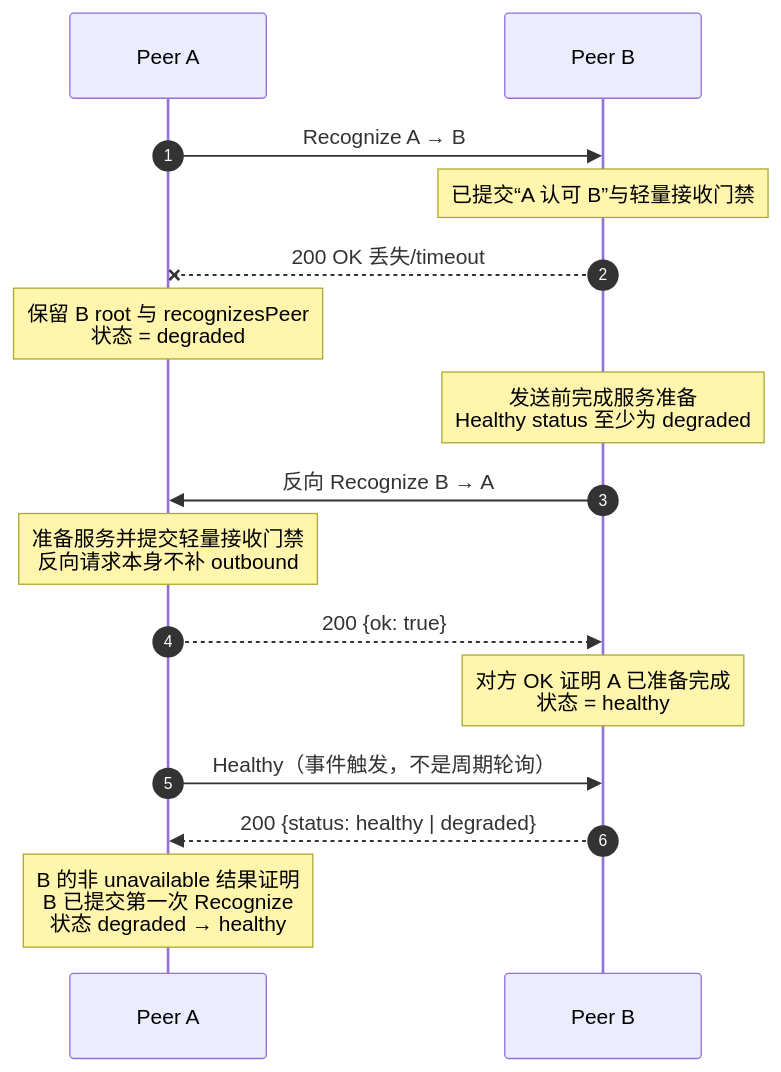
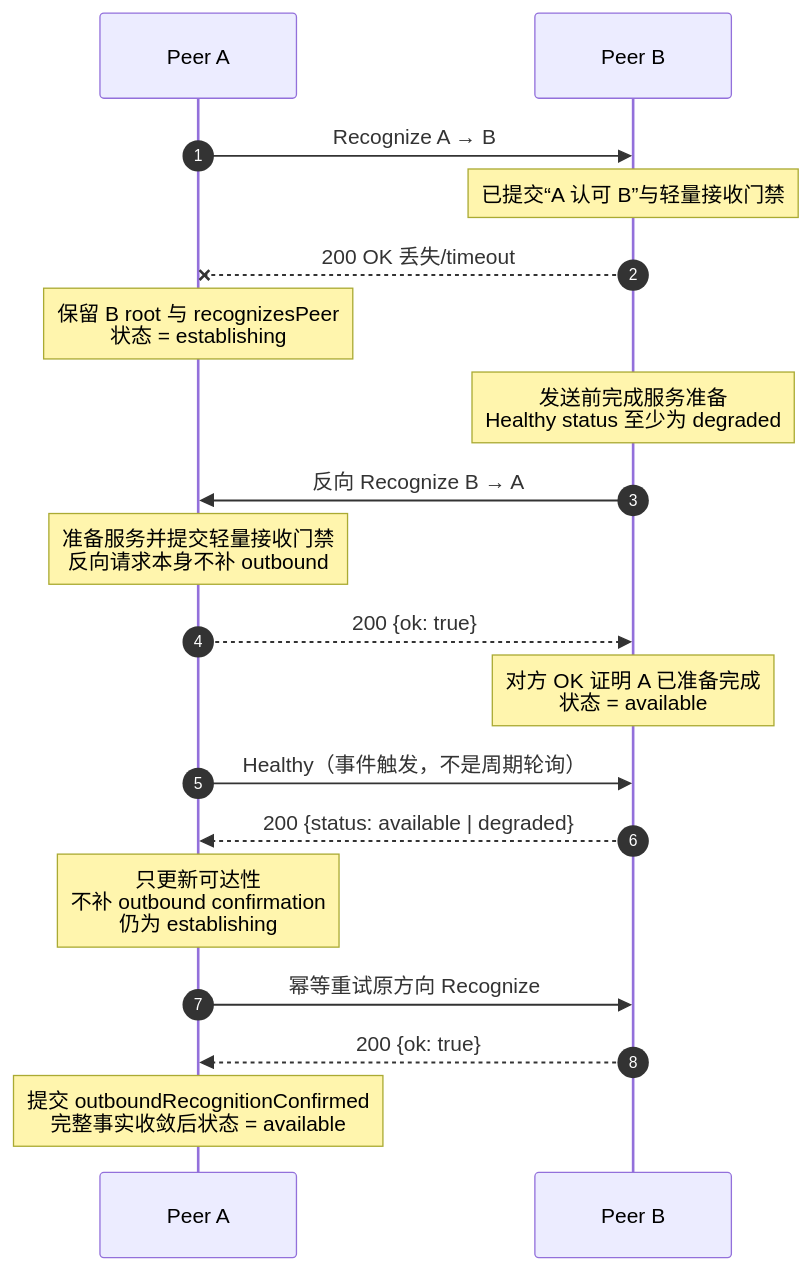
Before and after one commit to hapood/simple-open-messaging-service: the third of 3 diagrams in docs/federation/spec/v1/recognition.md, drawn with Mermaid. The commit also changed other lines of this file and 88 other files, not shown here.

Commit message:
feat(federation): implement peer recognition flow

````diff
--- a/docs/federation/spec/v1/recognition.md
+++ b/docs/federation/spec/v1/recognition.md
@@ -338,21 +340,25 @@
 ```mermaid
 sequenceDiagram
     autonumber
     participant A as Peer A
     participant B as Peer B
 
     A->>B: Recognize A → B
     Note over B: 已提交“A 认可 B”与轻量接收门禁
     B--xA: 200 OK 丢失/timeout
-    Note over A: 保留 B root 与 recognizesPeer<br/>状态 = degraded
+    Note over A: 保留 B root 与 recognizesPeer<br/>状态 = establishing
 
     Note over B: 发送前完成服务准备<br/>Healthy status 至少为 degraded
     B->>A: 反向 Recognize B → A
     Note over A: 准备服务并提交轻量接收门禁<br/>反向请求本身不补 outbound
     A-->>B: 200 {ok: true}
-    Note over B: 对方 OK 证明 A 已准备完成<br/>状态 = healthy
+    Note over B: 对方 OK 证明 A 已准备完成<br/>状态 = available
 
     A->>B: Healthy（事件触发，不是周期轮询）
-    B-->>A: 200 {status: healthy | degraded}
-    Note over A: B 的非 unavailable 结果证明<br/>B 已提交第一次 Recognize<br/>状态 degraded → healthy
+    B-->>A: 200 {status: available | degraded}
+    Note over A: 只更新可达性<br/>不补 outbound confirmation<br/>仍为 establishing
+
+    A->>B: 幂等重试原方向 Recognize
+    B-->>A: 200 {ok: true}
+    Note over A: 提交 outboundRecognitionConfirmed<br/>完整事实收敛后状态 = available
 ```
````
